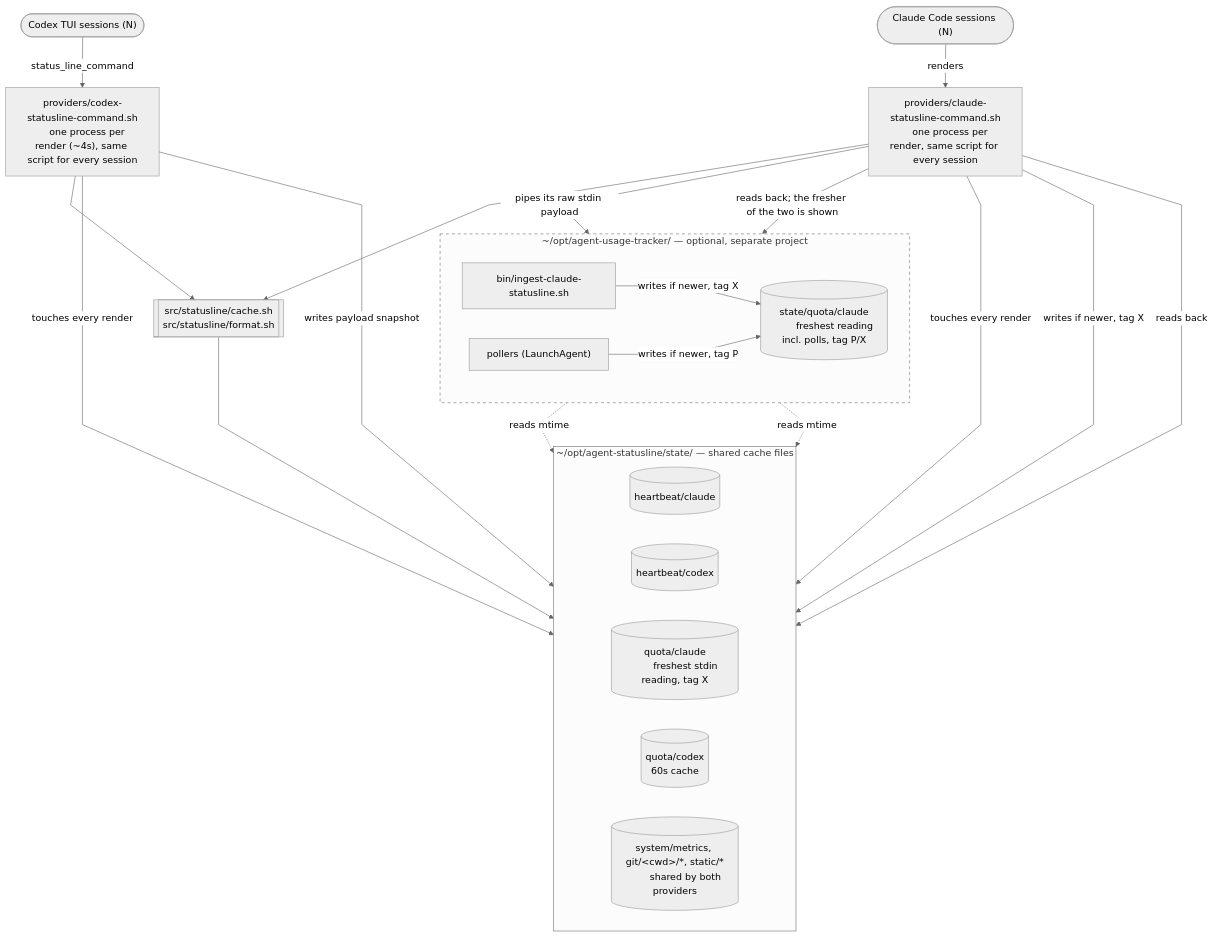
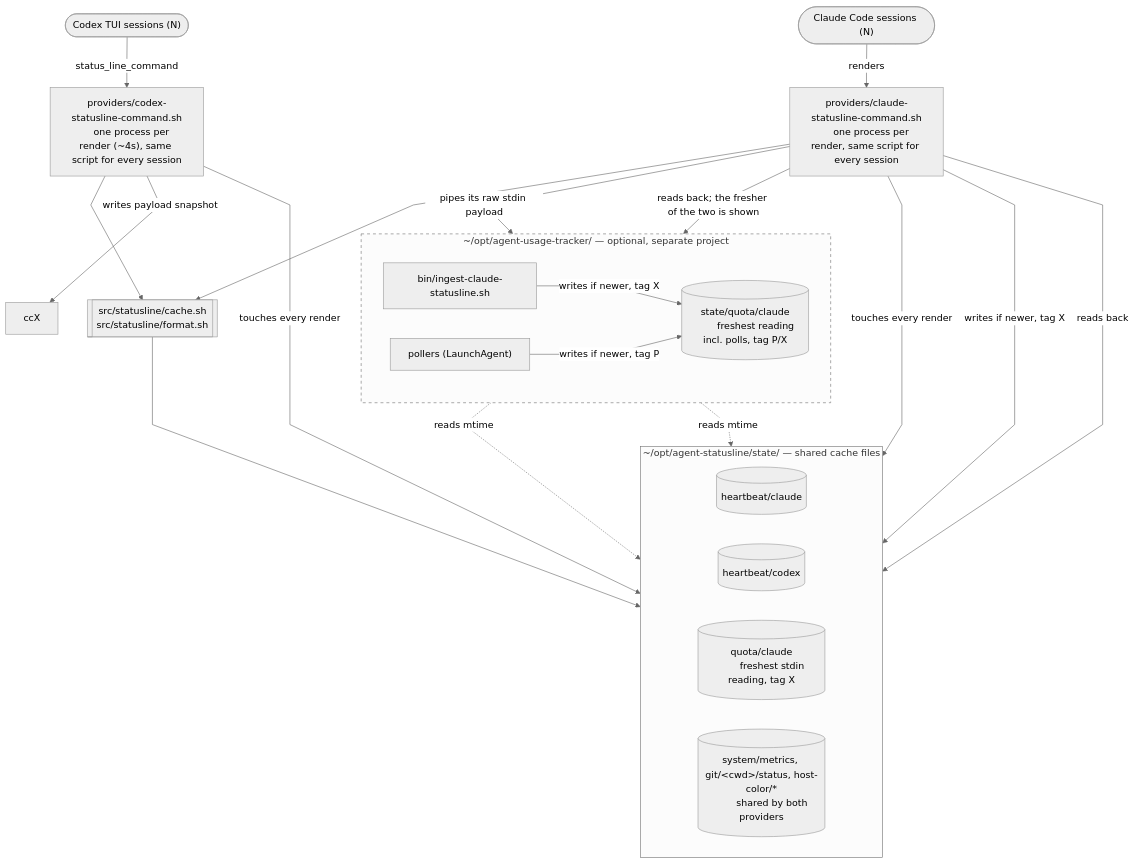
Before and after one commit to JeanLescutMuller/agent-statusline: the diagram in README.md, drawn with Mermaid (neutral theme). The commit also changed other lines of this file and 19 other files, not shown here.

First line of the commit message:
Simplify: live hostname, one git refresh, no Codex quota cache, no log

````diff
--- a/README.md
+++ b/README.md
@@ -33,56 +33,54 @@
 ```mermaid
 %%{init: {"flowchart": {"curve": "linear"}}}%%
 flowchart TB
     claudeS(["Claude Code sessions (N)"])
     codexS(["Codex TUI sessions (N)"])
 
     provclaude["providers/claude-statusline-command.sh
     one process per render, same script for every session"]
     provcodex["providers/codex-statusline-command.sh
     one process per render (~4s), same script for every session"]
 
     sharedlib[["src/statusline/cache.sh
     src/statusline/format.sh"]]
 
     subgraph state["~/opt/agent-statusline/state/ — shared cache files"]
         direction LR
         hbC[("heartbeat/claude")]
         hbX[("heartbeat/codex")]
         ccC0[("quota/claude
         freshest stdin reading, tag X")]
-        ccX[("quota/codex
-        60s cache")]
-        ccOther[("system/metrics, git/&lt;cwd&gt;/*, static/*
+        ccOther[("system/metrics, git/&lt;cwd&gt;/status, host-color/*
         shared by both providers")]
     end
 
     subgraph tracker["~/opt/agent-usage-tracker/ — optional, separate project"]
         direction LR
         ingest["bin/ingest-claude-statusline.sh"]
         ccC[("state/quota/claude
         freshest reading incl. polls, tag P/X")]
         pollers["pollers (LaunchAgent)"]
     end
 
     claudeS -->|renders| provclaude
     codexS -->|"status_line_command"| provcodex
 
     provclaude --> sharedlib
     provcodex --> sharedlib
     sharedlib --> ccOther
 
     provclaude -->|touches every render| hbC
     provcodex -->|touches every render| hbX
     provcodex -->|writes payload snapshot| ccX
 
     provclaude -->|"writes if newer, tag X"| ccC0
     provclaude -->|"reads back"| ccC0
     provclaude -->|"pipes its raw stdin payload"| ingest
     ingest -->|"writes if newer, tag X"| ccC
     provclaude -->|"reads back; the fresher of the two is shown"| ccC
     pollers -.->|"reads mtime"| hbC
     pollers -.->|"reads mtime"| hbX
     pollers -->|"writes if newer, tag P"| ccC
 
     style tracker stroke-dasharray: 5 5
 ```
````
